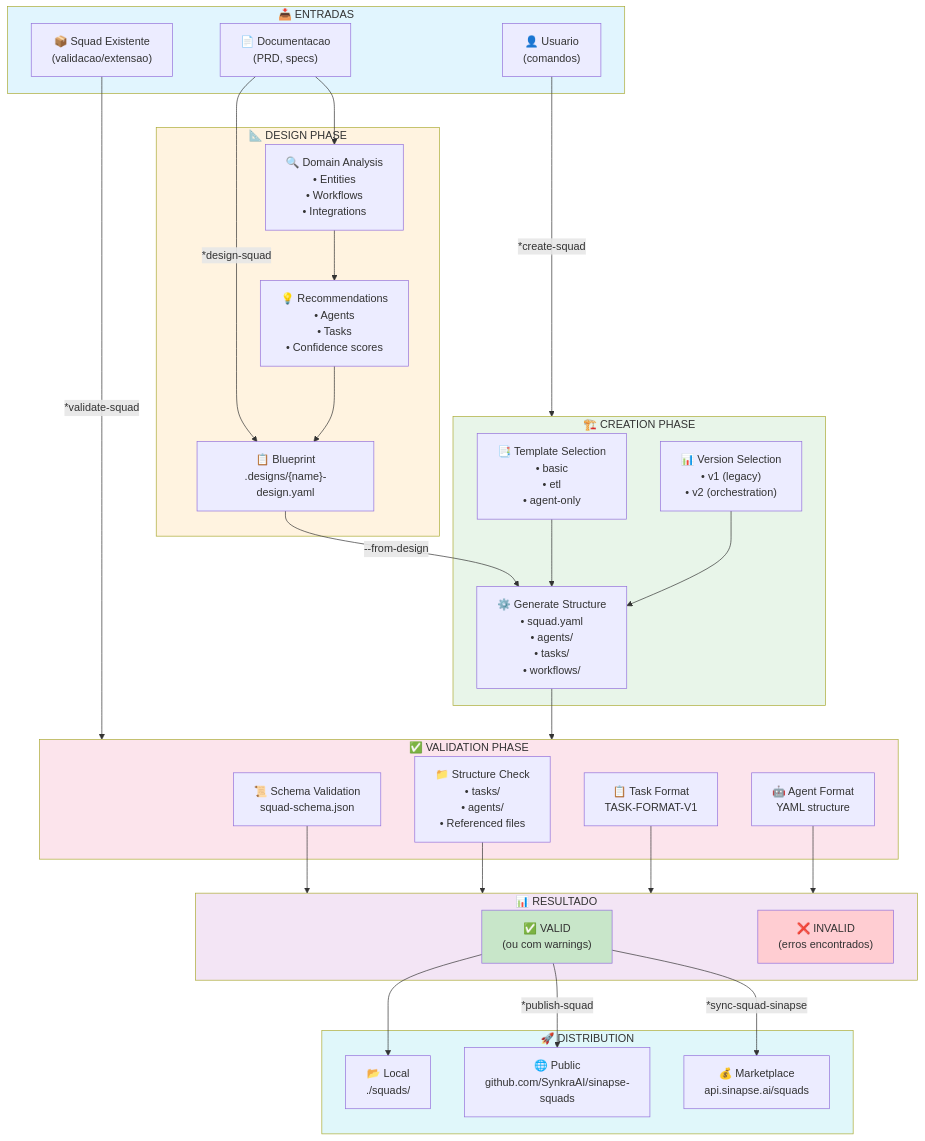
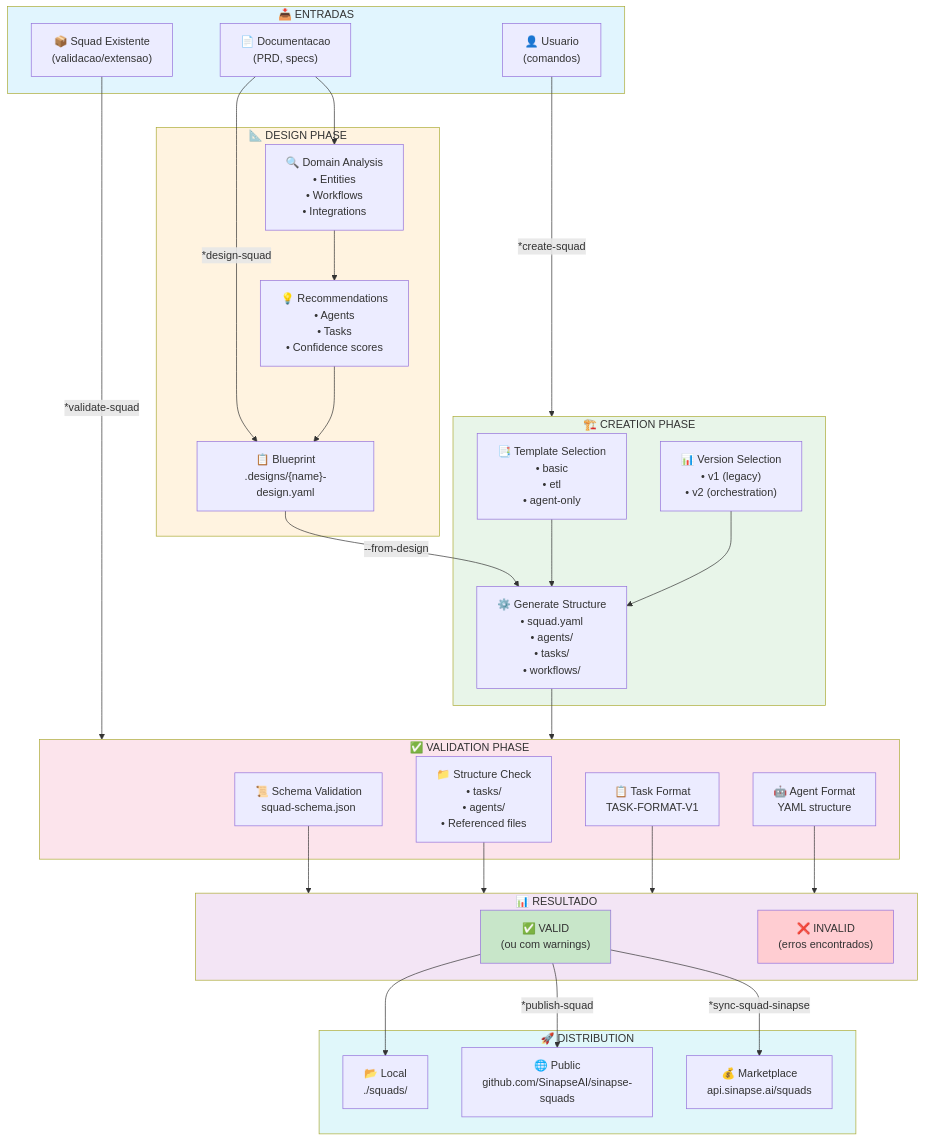
One commit to caioimori/sinapse-ai changed the first of 6 diagrams in docs/guides/agents/SQUAD-CREATOR-SYSTEM.md. Above: the diagram before and after it, drawn with Mermaid. The commit also changed other lines of this file and 217 other files, not shown here.

First line of the commit message:
chore: rebrand SynkraAI → SinapseAI across entire codebase

````diff
--- a/docs/guides/agents/SQUAD-CREATOR-SYSTEM.md
+++ b/docs/guides/agents/SQUAD-CREATOR-SYSTEM.md
@@ -107,69 +107,69 @@
 ```mermaid
 flowchart TB
     subgraph INPUTS["📥 ENTRADAS"]
         DOCS["📄 Documentacao<br/>(PRD, specs)"]
         USER["👤 Usuario<br/>(comandos)"]
         EXISTING["📦 Squad Existente<br/>(validacao/extensao)"]
     end
 
     DOCS -->|"*design-squad"| BLUEPRINT
     USER -->|"*create-squad"| CREATE
     EXISTING -->|"*validate-squad"| VALIDATE
 
     subgraph DESIGN["📐 DESIGN PHASE"]
         BLUEPRINT["📋 Blueprint<br/>.designs/{name}-design.yaml"]
         ANALYSIS["🔍 Domain Analysis<br/>• Entities<br/>• Workflows<br/>• Integrations"]
         RECOMMEND["💡 Recommendations<br/>• Agents<br/>• Tasks<br/>• Confidence scores"]
     end
 
     DOCS --> ANALYSIS
     ANALYSIS --> RECOMMEND
     RECOMMEND --> BLUEPRINT
 
     subgraph CREATE["🏗️ CREATION PHASE"]
         TEMPLATE["📑 Template Selection<br/>• basic<br/>• etl<br/>• agent-only"]
         VERSION["📊 Version Selection<br/>• v1 (legacy)<br/>• v2 (orchestration)"]
         GENERATE["⚙️ Generate Structure<br/>• squad.yaml<br/>• agents/<br/>• tasks/<br/>• workflows/"]
     end
 
     BLUEPRINT -->|"--from-design"| GENERATE
     TEMPLATE --> GENERATE
     VERSION --> GENERATE
 
     subgraph VALIDATE["✅ VALIDATION PHASE"]
         SCHEMA["📜 Schema Validation<br/>squad-schema.json"]
         STRUCTURE["📁 Structure Check<br/>• tasks/<br/>• agents/<br/>• Referenced files"]
         TASK_FMT["📋 Task Format<br/>TASK-FORMAT-V1"]
         AGENT_FMT["🤖 Agent Format<br/>YAML structure"]
     end
 
     GENERATE --> VALIDATE
     SCHEMA --> RESULT
     STRUCTURE --> RESULT
     TASK_FMT --> RESULT
     AGENT_FMT --> RESULT
 
     subgraph RESULT["📊 RESULTADO"]
         VALID["✅ VALID<br/>(ou com warnings)"]
         INVALID["❌ INVALID<br/>(erros encontrados)"]
     end
 
     subgraph DISTRIBUTE["🚀 DISTRIBUTION"]
         LOCAL["📂 Local<br/>./squads/"]
-        PUBLIC["🌐 Public<br/>github.com/SynkraAI/sinapse-squads"]
+        PUBLIC["🌐 Public<br/>github.com/SinapseAI/sinapse-squads"]
         MARKET["💰 Marketplace<br/>api.sinapse.ai/squads"]
     end
 
     VALID --> LOCAL
     VALID -->|"*publish-squad"| PUBLIC
     VALID -->|"*sync-squad-sinapse"| MARKET
 
     style INPUTS fill:#e1f5fe
     style DESIGN fill:#fff3e0
     style CREATE fill:#e8f5e9
     style VALIDATE fill:#fce4ec
     style RESULT fill:#f3e5f5
     style DISTRIBUTE fill:#e0f7fa
     style VALID fill:#c8e6c9
     style INVALID fill:#ffcdd2
 ```
````
